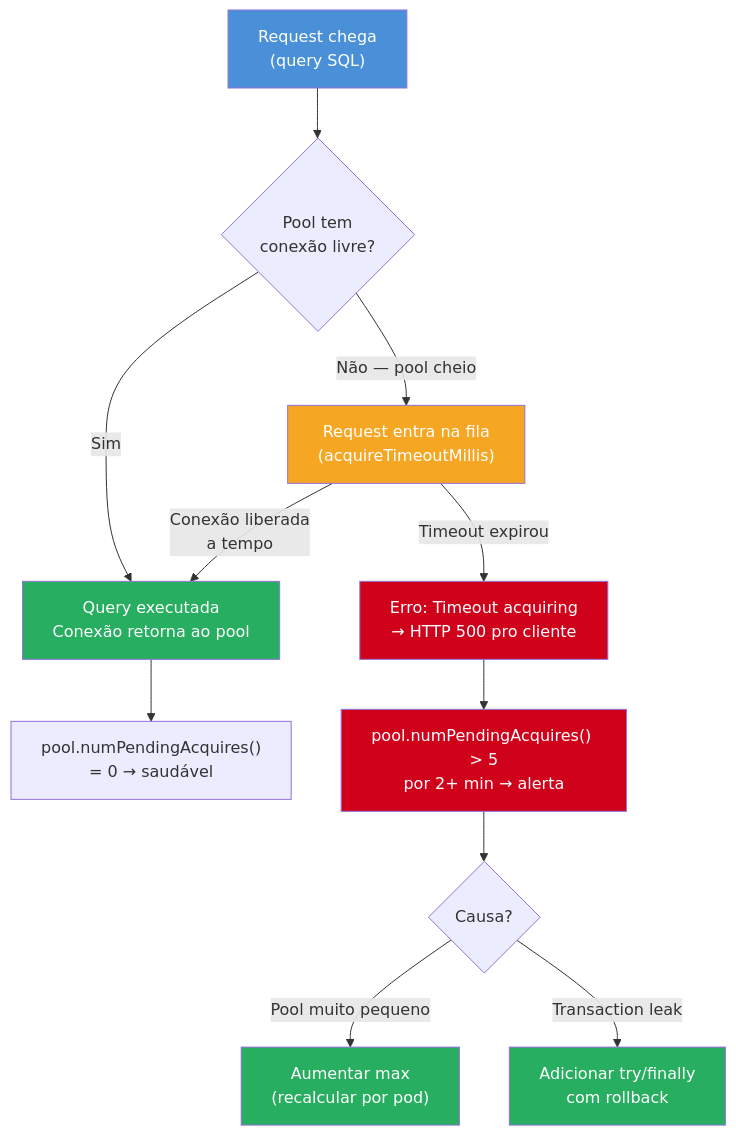
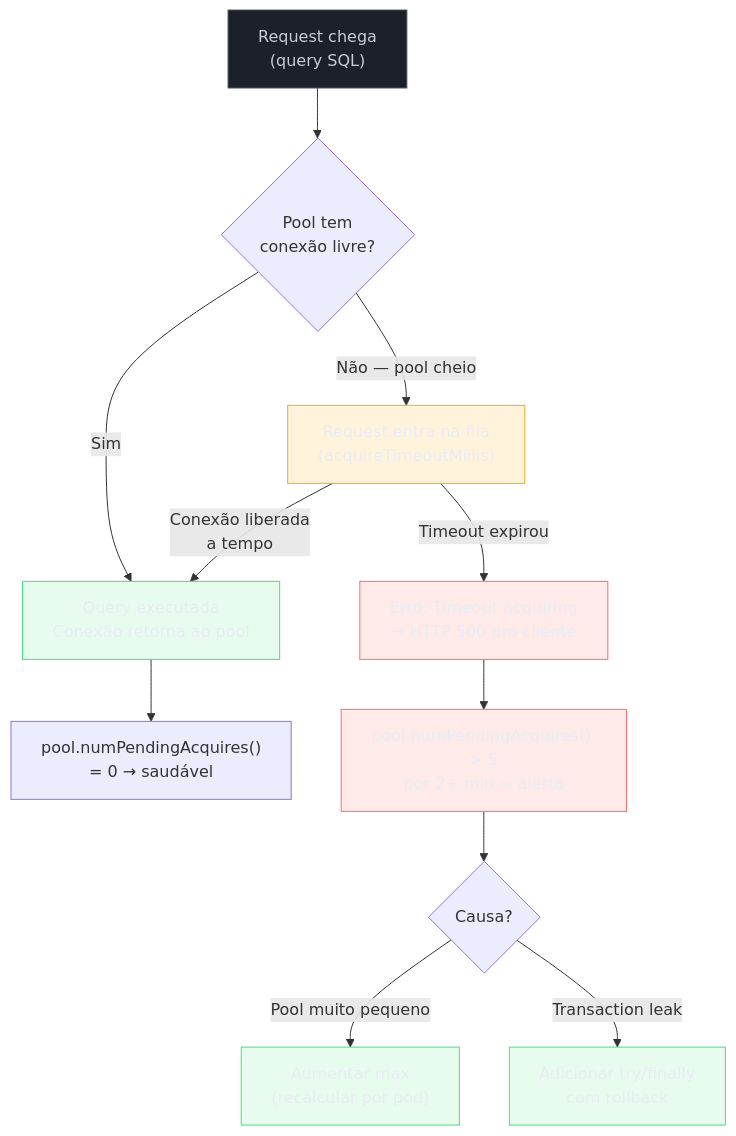
One commit to josenaldo/codex-technomanticus changed the diagram in 03-Dominios/Tecnologia/Node/Observability e produção/11 - Connection pool tuning.md. Above: the diagram before and after it, drawn with Mermaid. The commit also changed 1181 other files, not shown here.

First line of the commit message:
fix(diagramas): paleta do sistema no lugar de cor cravada no markdown

````diff
--- a/03-Dominios/Tecnologia/Node/Observability e produção/11 - Connection pool tuning.md
+++ b/03-Dominios/Tecnologia/Node/Observability e produção/11 - Connection pool tuning.md
@@ -59,21 +59,25 @@
 ```mermaid
 flowchart TD
+    classDef neutro fill:#1B2029,stroke:#4E5666,color:#C6CCD8
+    classDef ok fill:#4ADE8021,stroke:#4ADE80,color:#E9ECF2
+    classDef destaque fill:#FFAA0024,stroke:#FFAA00,color:#E9ECF2
+    classDef falha fill:#FF6B6B24,stroke:#FF6B6B,color:#E9ECF2
     R["Request chega\n(query SQL)"] --> A{"Pool tem\nconexão livre?"}
     A -->|"Sim"| Q["Query executada\nConexão retorna ao pool"]
     A -->|"Não — pool cheio"| W["Request entra na fila\n(acquireTimeoutMillis)"]
     W -->|"Conexão liberada\na tempo"| Q
     W -->|"Timeout expirou"| E["Erro: Timeout acquiring\n→ HTTP 500 pro cliente"]
     Q --> M["pool.numPendingAcquires()\n= 0 → saudável"]
     E --> AL["pool.numPendingAcquires() > 5\npor 2+ min → alerta"]
     AL --> D{"Causa?"}
     D -->|"Pool muito pequeno"| FIX1["Aumentar max\n(recalcular por pod)"]
     D -->|"Transaction leak"| FIX2["Adicionar try/finally\ncom rollback"]
 
-    style R fill:#4A90D9,color:#fff
-    style Q fill:#27AE60,color:#fff
-    style W fill:#F5A623,color:#fff
-    style E fill:#D0021B,color:#fff
-    style AL fill:#D0021B,color:#fff
-    style FIX1 fill:#27AE60,color:#fff
-    style FIX2 fill:#27AE60,color:#fff
+    class R neutro
+    class Q ok
+    class W destaque
+    class E falha
+    class AL falha
+    class FIX1 ok
+    class FIX2 ok
 ```
````
